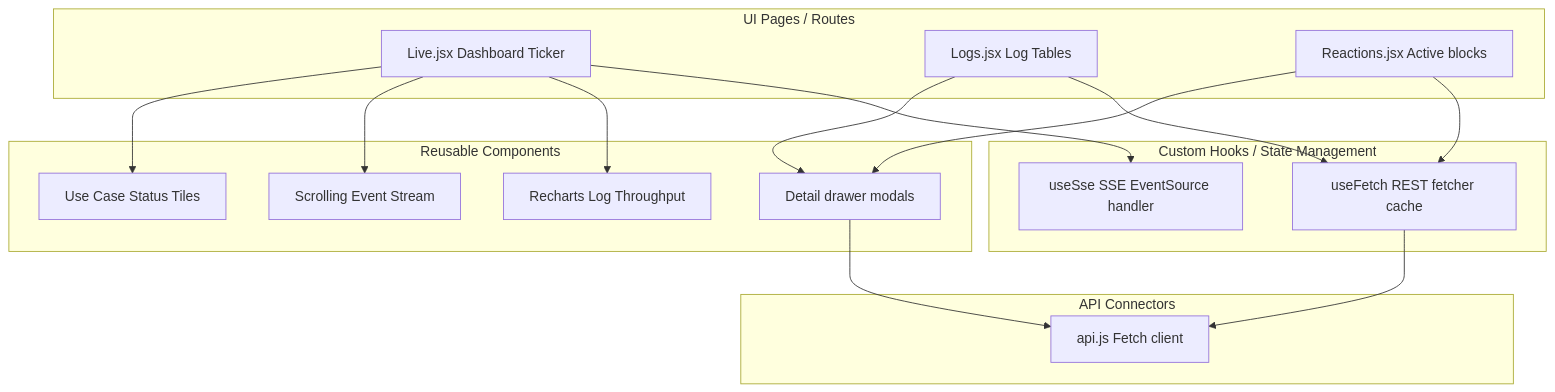
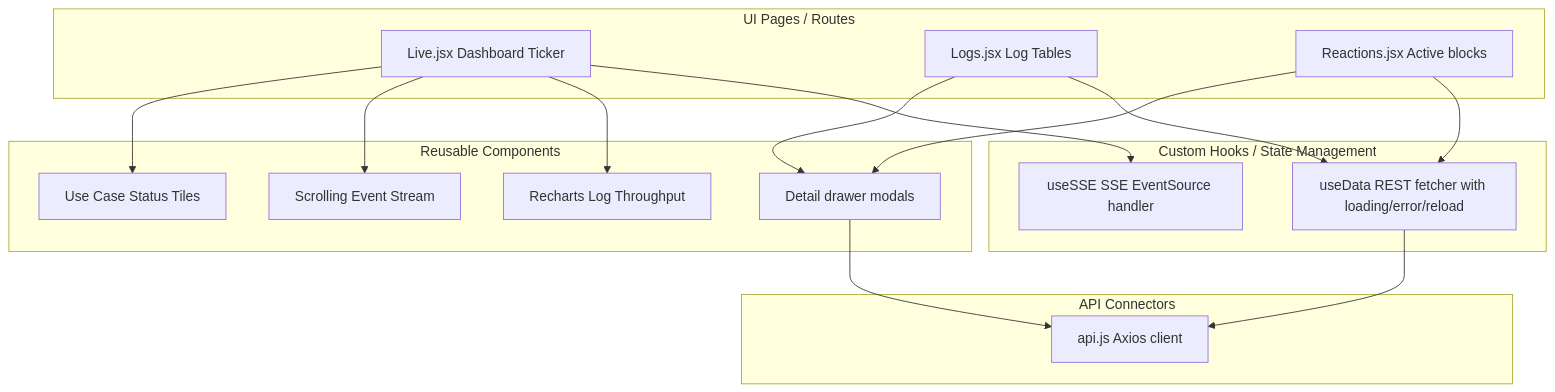
Before and after one commit to nvh12/log-analyzer: the diagram in docs/DashboardFE.md, drawn with Mermaid. The commit also changed other lines of this file and 45 other files, not shown here.

````diff
--- a/docs/DashboardFE.md
+++ b/docs/DashboardFE.md
@@ -16,35 +16,35 @@
 ```mermaid
 graph TD
     subgraph UI Pages / Routes
         LivePage[Live.jsx Dashboard Ticker]
         LogsPage[Logs.jsx Log Tables]
         ReactionsPage[Reactions.jsx Active blocks]
     end
 
     subgraph Reusable Components
         UCTiles[Use Case Status Tiles]
         LiveStream[Scrolling Event Stream]
         ChartWidget[Recharts Log Throughput]
         DetailCard[Detail drawer modals]
     end
 
     subgraph Custom Hooks / State Management
-        useSse[useSse SSE EventSource handler]
-        useFetch[useFetch REST fetcher cache]
+        useSse[useSSE SSE EventSource handler]
+        useFetch[useData REST fetcher with loading/error/reload]
     end
 
     subgraph API Connectors
-        ApiClient[api.js Fetch client]
+        ApiClient[api.js Axios client]
     end
 
     LivePage --> UCTiles
     LivePage --> LiveStream
     LivePage --> ChartWidget
     LogsPage --> DetailCard
     ReactionsPage --> DetailCard
     LivePage --> useSse
     LogsPage --> useFetch
     ReactionsPage --> useFetch
     useFetch --> ApiClient
     DetailCard --> ApiClient
 ```
````
